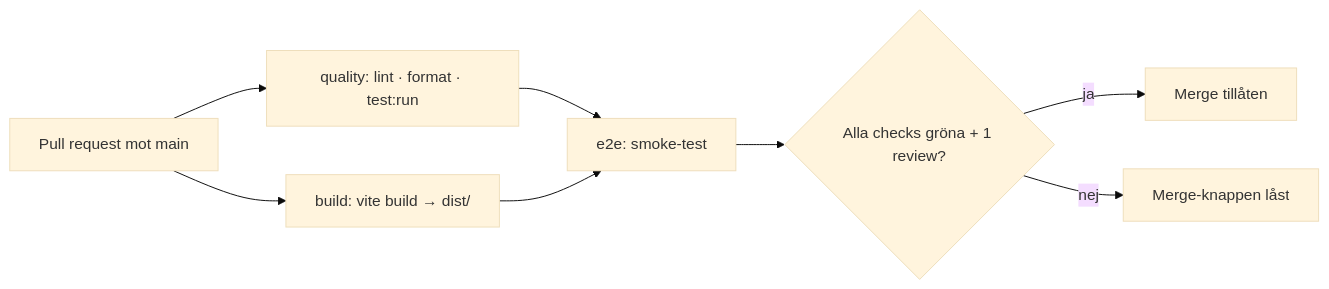
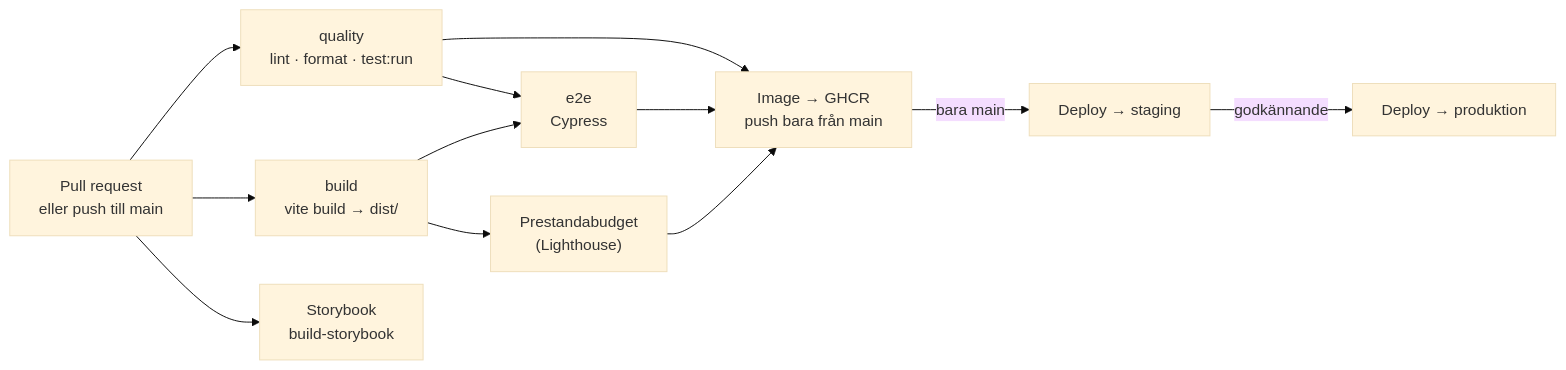
Before and after one commit to gahnejennifer/Kraftly_Watt: the diagram in docs/pipeline.md, drawn with Mermaid (base theme). The commit also changed other lines of this file, not shown here.

Commit message:
docs: update pipeline.md with all jobs and current required checks (#126)

````diff
--- a/docs/pipeline.md
+++ b/docs/pipeline.md
@@ -5,10 +7,14 @@
 ```mermaid
 flowchart LR
-    PR[Pull request mot main] --> Q[quality: lint · format · test:run]
-    PR --> B[build: vite build → dist/]
-    Q --> E[e2e: smoke-test]
-    B --> E
-    E --> M{Alla checks gröna + 1 review?}
-    M -- ja --> OK[Merge tillåten]
-    M -- nej --> Stop[Merge-knappen låst]
+  PR["Pull request<br/>eller push till main"] --> Q["quality<br/>lint · format · test:run"]
+  PR --> B["build<br/>vite build → dist/"]
+  PR --> SB["Storybook<br/>build-storybook"]
+  Q --> E["e2e<br/>Cypress"]
+  B --> E
+  B --> L["Prestandabudget<br/>(Lighthouse)"]
+  Q --> IMG["Image → GHCR<br/>push bara från main"]
+  E --> IMG
+  L --> IMG
+  IMG -->|"bara main"| STG["Deploy → staging"]
+  STG -->|"godkännande"| PROD["Deploy → produktion"]
 ```
````
